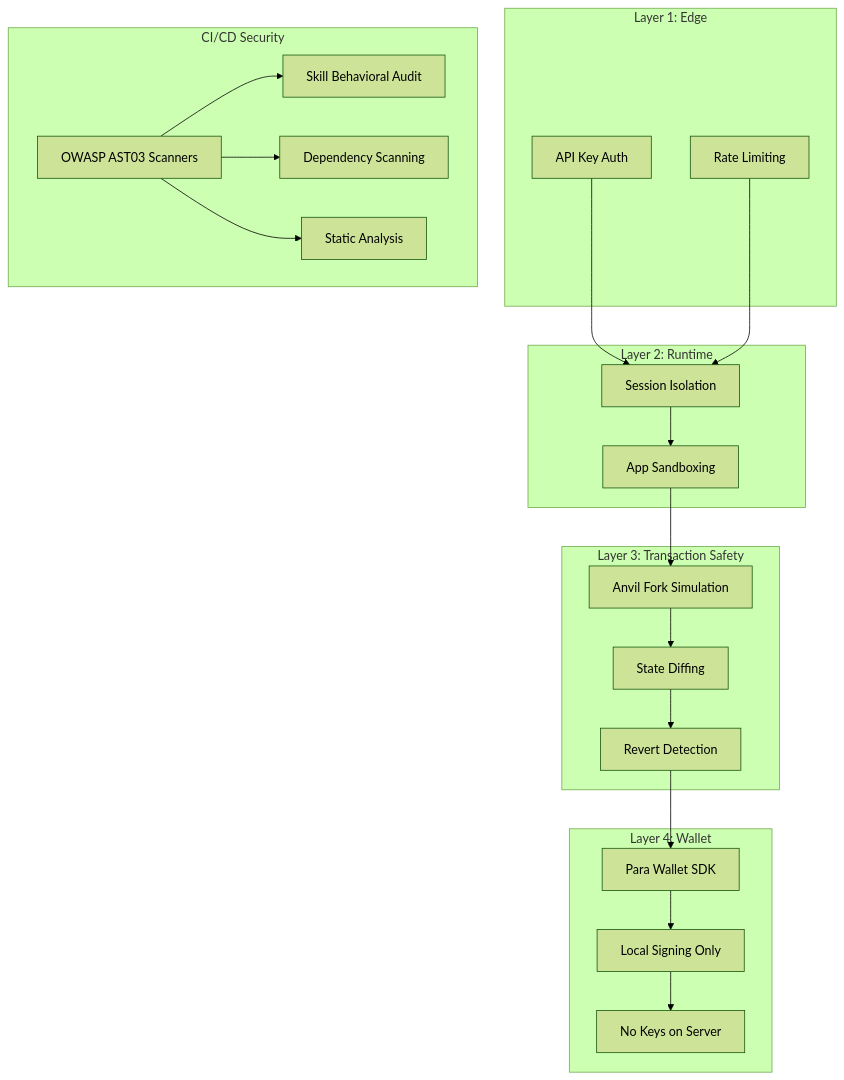
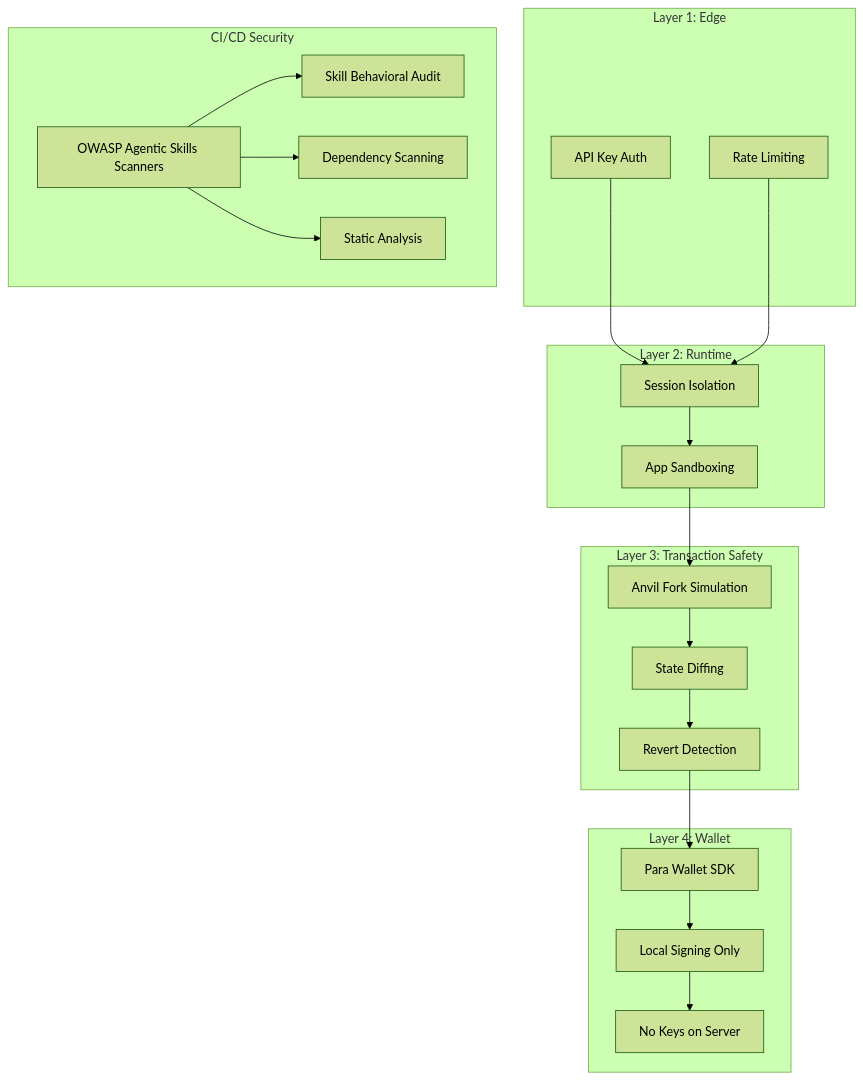
Before and after one commit to aomi-labs/docs: the first of 6 diagrams in concepts/security.mdx, drawn with Mermaid (forest theme). The commit also changed other lines of this file and 31 other files, not shown here.

````diff
--- a/concepts/security.mdx
+++ b/concepts/security.mdx
@@ -10,45 +10,45 @@
 ```mermaid
 flowchart TB
     subgraph "Layer 1: Edge"
         AUTH[API Key Auth]
         RATE[Rate Limiting]
     end
 
     subgraph "Layer 2: Runtime"
         SESS[Session Isolation]
         APP[App Sandboxing]
     end
 
     subgraph "Layer 3: Transaction Safety"
         SIM[Anvil Fork Simulation]
         DIFF[State Diffing]
         REVERT[Revert Detection]
     end
 
     subgraph "Layer 4: Wallet"
         PARA[Para Wallet SDK]
         LOCAL[Local Signing Only]
         NOKEYS[No Keys on Server]
     end
 
     subgraph "CI/CD Security"
-        OWASP[OWASP AST03 Scanners]
+        OWASP[OWASP Agentic Skills Scanners]
         AUDIT[Skill Behavioral Audit]
         SNYK[Dependency Scanning]
         SAST[Static Analysis]
     end
 
     AUTH --> SESS
     RATE --> SESS
     SESS --> APP
     APP --> SIM
     SIM --> DIFF
     DIFF --> REVERT
     REVERT --> PARA
     PARA --> LOCAL
     LOCAL --> NOKEYS
 
     OWASP --> AUDIT
     OWASP --> SNYK
     OWASP --> SAST
 ```
````
